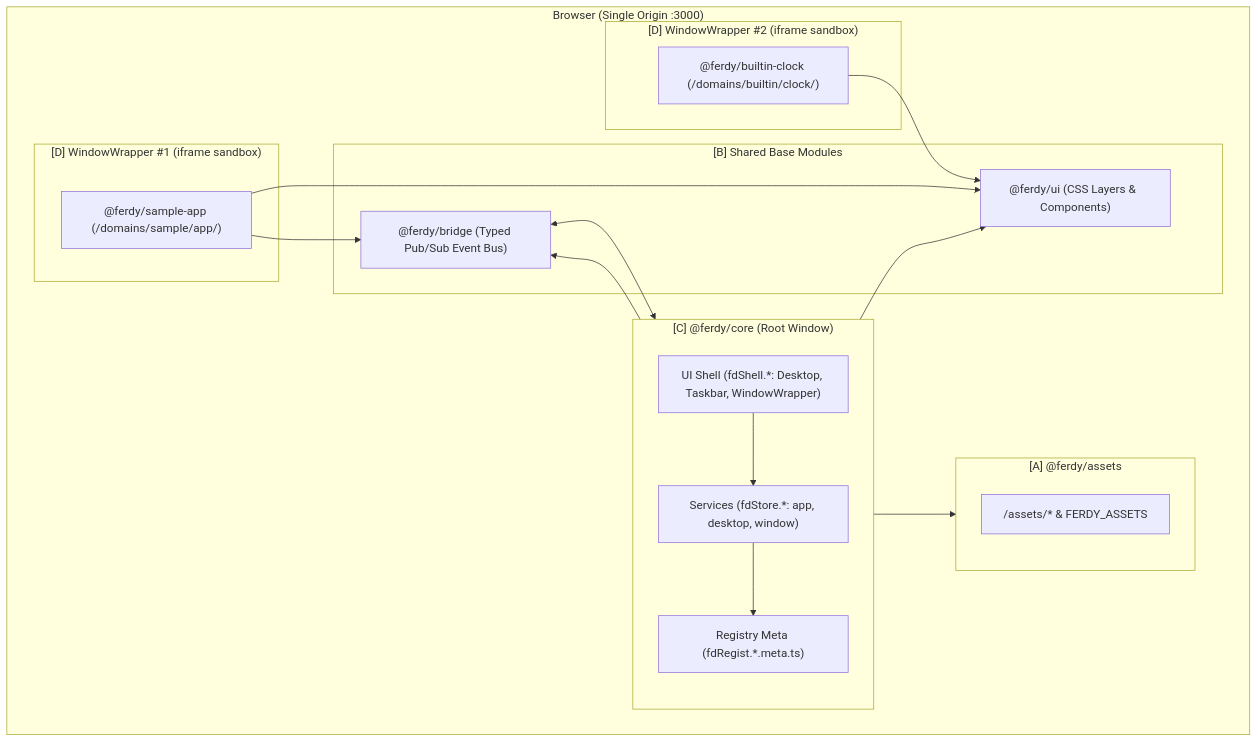
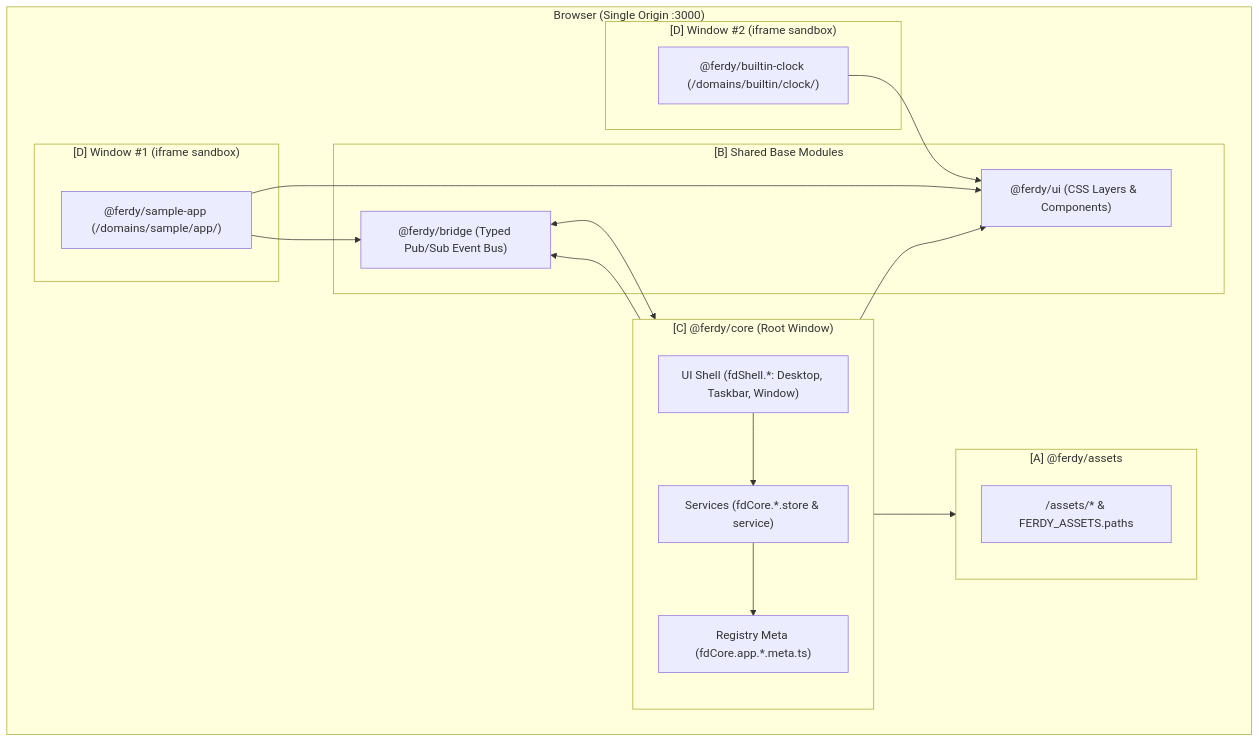
One commit to nicepig7/ferdyPlatter changed the diagram in docs/architecture.md. Above: the diagram before and after it, drawn with Mermaid. The commit also changed other lines of this file and 15 other files, not shown here.

````diff
--- a/docs/architecture.md
+++ b/docs/architecture.md
@@ -24,37 +24,37 @@
 ```mermaid
 flowchart TB
     subgraph Browser["Browser (Single Origin :3000)"]
         subgraph Core["[C] @ferdy/core (Root Window)"]
-            Shell["UI Shell (fdShell.*: Desktop, Taskbar, WindowWrapper)"]
-            Services["Services (fdStore.*: app, desktop, window)"]
-            Meta["Registry Meta (fdRegist.*.meta.ts)"]
+            Shell["UI Shell (fdShell.*: Desktop, Taskbar, Window)"]
+            Services["Services (fdCore.*.store & service)"]
+            Meta["Registry Meta (fdCore.app.*.meta.ts)"]
         end
 
         subgraph Base["[B] Shared Base Modules"]
             UI["@ferdy/ui (CSS Layers & <fd.*> Components)"]
             Bridge["@ferdy/bridge (Typed Pub/Sub Event Bus)"]
         end
 
         subgraph Assets["[A] @ferdy/assets"]
-            Static["/assets/* & FERDY_ASSETS"]
+            Static["/assets/* & FERDY_ASSETS.paths"]
         end
 
-        subgraph Window1["[D] WindowWrapper #1 (iframe sandbox)"]
+        subgraph Window1["[D] Window #1 (iframe sandbox)"]
             App1["@ferdy/sample-app (/domains/sample/app/)"]
         end
 
-        subgraph Window2["[D] WindowWrapper #2 (iframe sandbox)"]
+        subgraph Window2["[D] Window #2 (iframe sandbox)"]
             App2["@ferdy/builtin-clock (/domains/builtin/clock/)"]
         end
     end
 
     Shell --> Services
     Services --> Meta
     Core --> UI
     Core --> Bridge
     Core --> Assets
     App1 --> UI
     App1 --> Bridge
     App2 --> UI
     Bridge <--> Core
 ```
````
